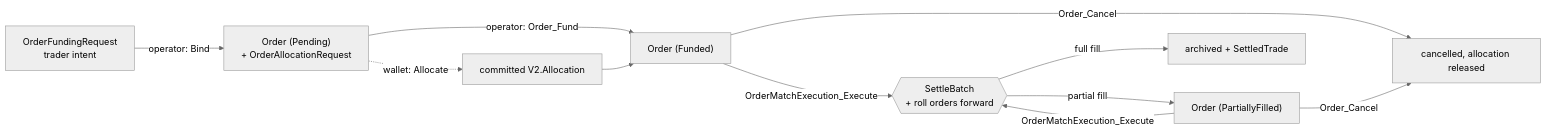
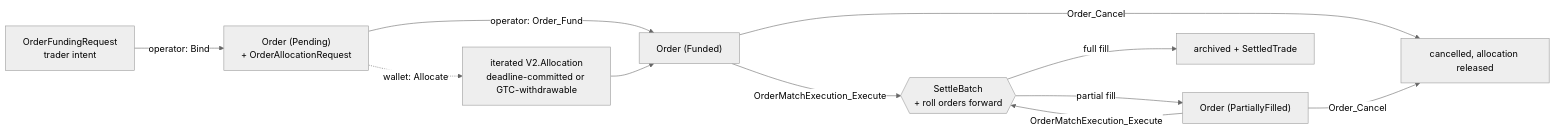
The third of 5 diagrams in docs/concepts/workflows.md (srikanth-bitdynamics/Canton-Dex-Reference-Implementation), drawn with Mermaid (neutral theme) before and after one commit. The commit also changed other lines of this file and 41 other files, not shown here.

````diff
--- a/docs/concepts/workflows.md
+++ b/docs/concepts/workflows.md
@@ -213,13 +220,13 @@
 ```mermaid
 flowchart LR
   I["OrderFundingRequest<br/>trader intent"] -->|operator: Bind| P["Order (Pending)<br/>+ OrderAllocationRequest"]
-  P -.->|wallet: Allocate| A["committed V2.Allocation"]
+  P -.->|wallet: Allocate| A["iterated V2.Allocation<br/>deadline-committed or GTC-withdrawable"]
   P -->|operator: Order_Fund| F["Order (Funded)"]
   A --> F
   F -->|OrderMatchExecution_Execute| S{{"SettleBatch<br/>+ roll orders forward"}}
   S -->|partial fill| PF["Order (PartiallyFilled)"]
   S -->|full fill| X["archived + SettledTrade"]
   PF -->|OrderMatchExecution_Execute| S
   F -->|Order_Cancel| C["cancelled, allocation released"]
   PF -->|Order_Cancel| C
 ```
````
